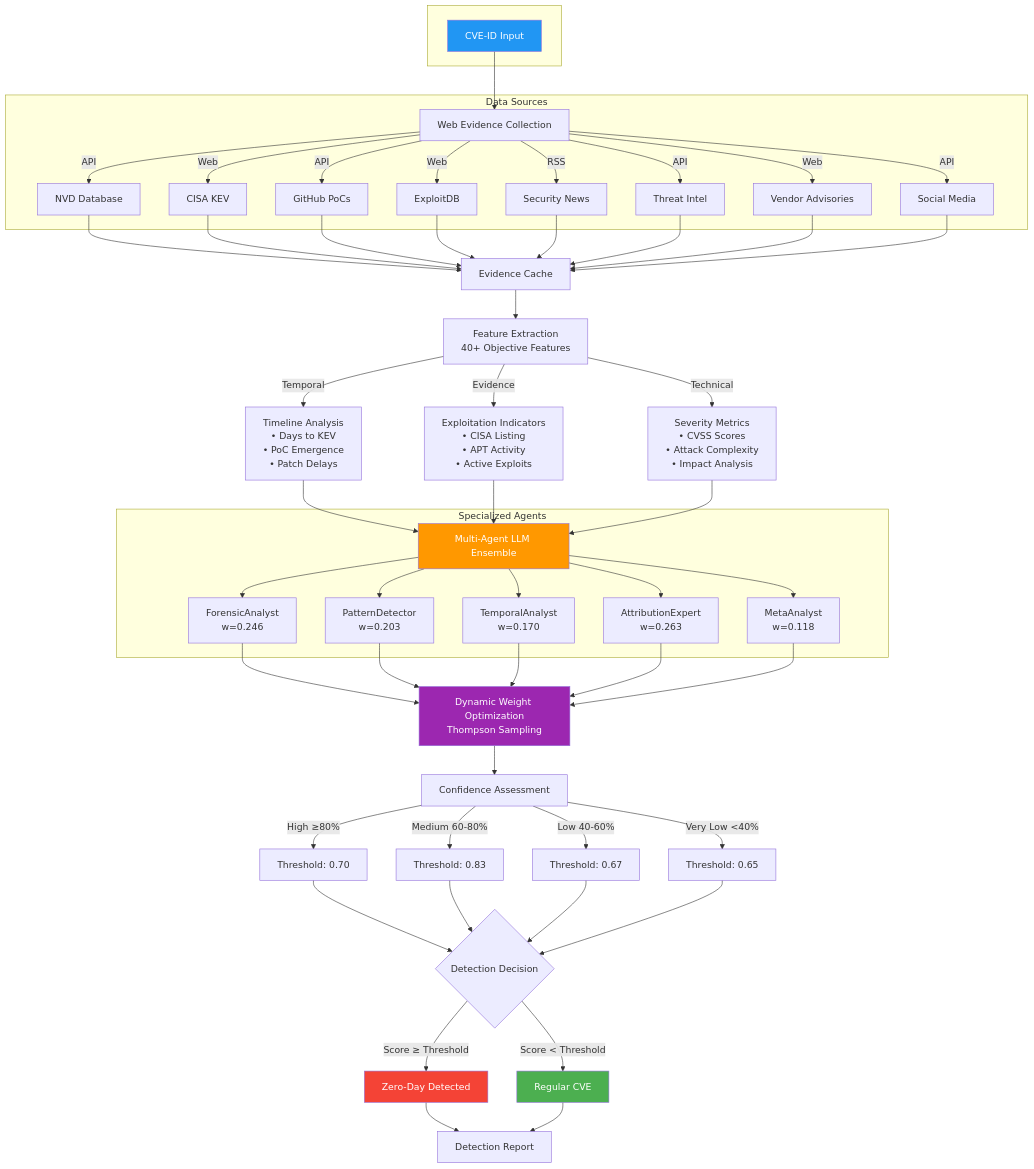
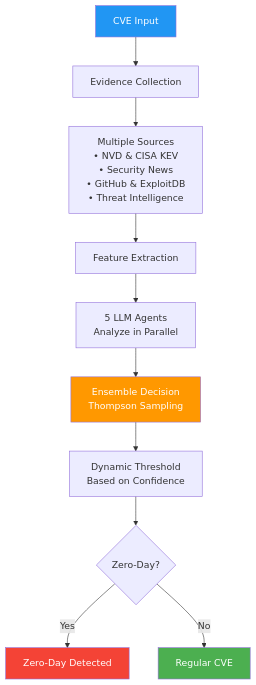
Before and after one commit to lodetomasi/zero-day-llm-ensemble: the first of 2 diagrams in README.md, drawn with Mermaid. The commit also changed other lines of this file and 1 other file, not shown here.

````diff
--- a/README.md
+++ b/README.md
@@ -32,76 +32,24 @@
 ```mermaid
 graph TD
-    subgraph " "
-        CVE[CVE-ID Input]
-    end
+    CVE[CVE Input] --> SCRAPER[Evidence Collection]
     
-    CVE --> SCRAPER[Web Evidence Collection]
+    SCRAPER --> SOURCES[Multiple Sources<br/>• NVD & CISA KEV<br/>• Security News<br/>• GitHub & ExploitDB<br/>• Threat Intelligence]
     
-    subgraph "Data Sources"
-        SCRAPER --> |API| NVD[NVD Database]
-        SCRAPER --> |Web| CISA[CISA KEV]
-        SCRAPER --> |API| GH[GitHub PoCs]
-        SCRAPER --> |Web| EDB[ExploitDB]
-        SCRAPER --> |RSS| NEWS[Security News]
-        SCRAPER --> |API| TI[Threat Intel]
-        SCRAPER --> |Web| VENDOR[Vendor Advisories]
-        SCRAPER --> |API| SOCIAL[Social Media]
-    end
+    SOURCES --> FEATURES[Feature Extraction]
     
-    NVD --> CACHE[Evidence Cache]
-    CISA --> CACHE
-    GH --> CACHE
-    EDB --> CACHE
-    NEWS --> CACHE
-    TI --> CACHE
-    VENDOR --> CACHE
-    SOCIAL --> CACHE
+    FEATURES --> AGENTS[5 LLM Agents<br/>Analyze in Parallel]
     
-    CACHE --> FE[Feature Extraction<br/>40+ Objective Features]
+    AGENTS --> ENSEMBLE[Ensemble Decision<br/>Thompson Sampling]
     
-    FE --> |Temporal| TF[Timeline Analysis<br/>• Days to KEV<br/>• PoC Emergence<br/>• Patch Delays]
-    FE --> |Evidence| EF[Exploitation Indicators<br/>• CISA Listing<br/>• APT Activity<br/>• Active Exploits]
-    FE --> |Technical| SF[Severity Metrics<br/>• CVSS Scores<br/>• Attack Complexity<br/>• Impact Analysis]
+    ENSEMBLE --> THRESHOLD[Dynamic Threshold<br/>Based on Confidence]
     
-    TF --> ENSEMBLE[Multi-Agent LLM Ensemble]
-    EF --> ENSEMBLE
-    SF --> ENSEMBLE
+    THRESHOLD --> RESULT{Zero-Day?}
     
-    subgraph "Specialized Agents"
-        ENSEMBLE --> FA[ForensicAnalyst<br/>w=0.246]
-        ENSEMBLE --> PD[PatternDetector<br/>w=0.203]
-        ENSEMBLE --> TA[TemporalAnalyst<br/>w=0.170]
-        ENSEMBLE --> AE[AttributionExpert<br/>w=0.263]
-        ENSEMBLE --> MA[MetaAnalyst<br/>w=0.118]
-    end
-    
-    FA --> THOMPSON[Dynamic Weight Optimization<br/>Thompson Sampling]
-    PD --> THOMPSON
-    TA --> THOMPSON
-    AE --> THOMPSON
-    MA --> THOMPSON
-    
-    THOMPSON --> CONF[Confidence Assessment]
-    
-    CONF --> |High ≥80%| TH1[Threshold: 0.70]
-    CONF --> |Medium 60-80%| TH2[Threshold: 0.83]
-    CONF --> |Low 40-60%| TH3[Threshold: 0.67]
-    CONF --> |Very Low <40%| TH4[Threshold: 0.65]
-    
-    TH1 --> DECISION{Detection Decision}
-    TH2 --> DECISION
-    TH3 --> DECISION
-    TH4 --> DECISION
-    
-    DECISION --> |Score ≥ Threshold| ZERODAY[Zero-Day Detected]
-    DECISION --> |Score < Threshold| REGULAR[Regular CVE]
-    
-    ZERODAY --> REPORT[Detection Report]
-    REGULAR --> REPORT
+    RESULT -->|Yes| ZERODAY[Zero-Day Detected]
+    RESULT -->|No| REGULAR[Regular CVE]
     
     style CVE fill:#2196F3,color:#fff
     style ZERODAY fill:#F44336,color:#fff
     style REGULAR fill:#4CAF50,color:#fff
     style ENSEMBLE fill:#FF9800,color:#fff
-    style THOMPSON fill:#9C27B0,color:#fff
 ```
````
